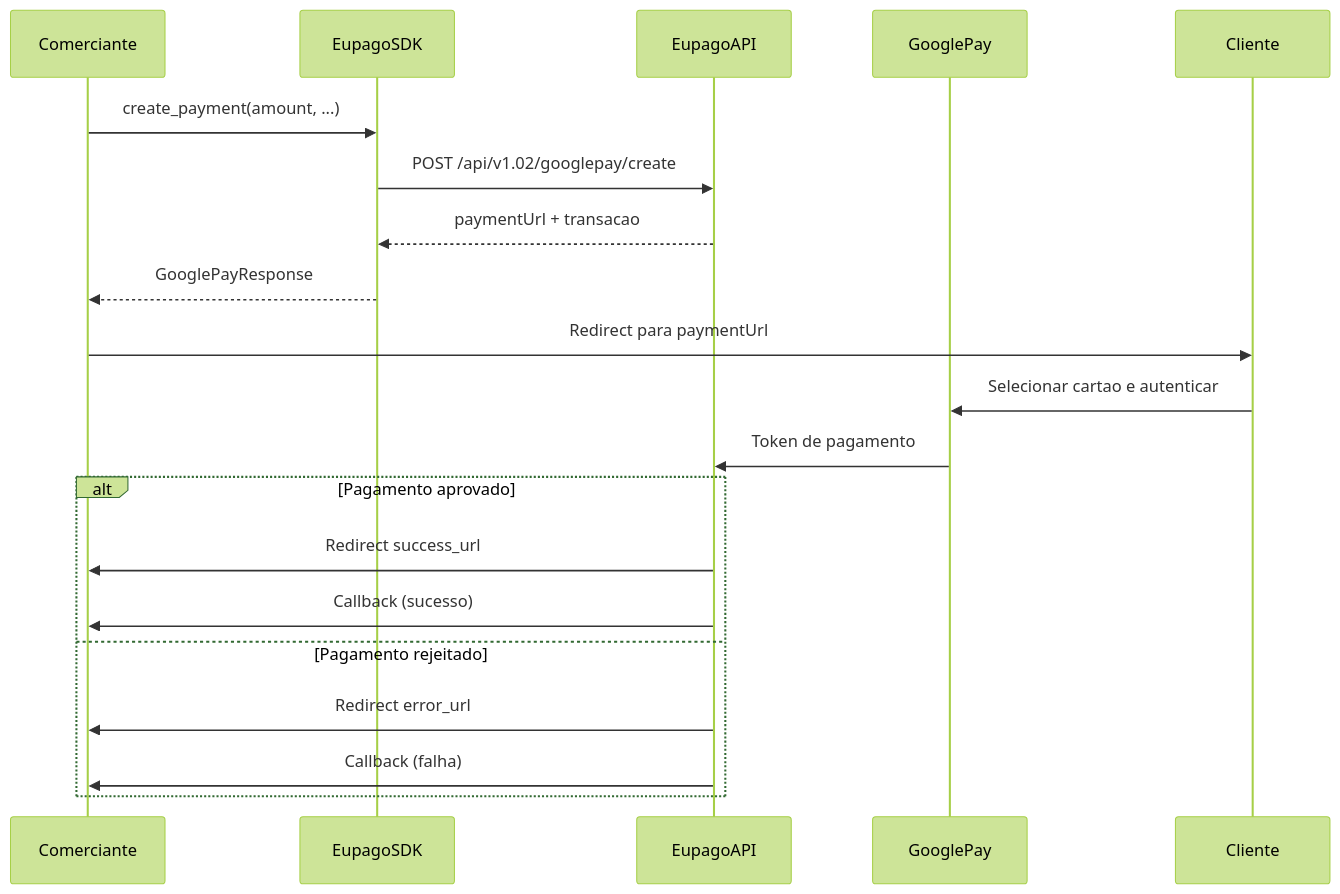
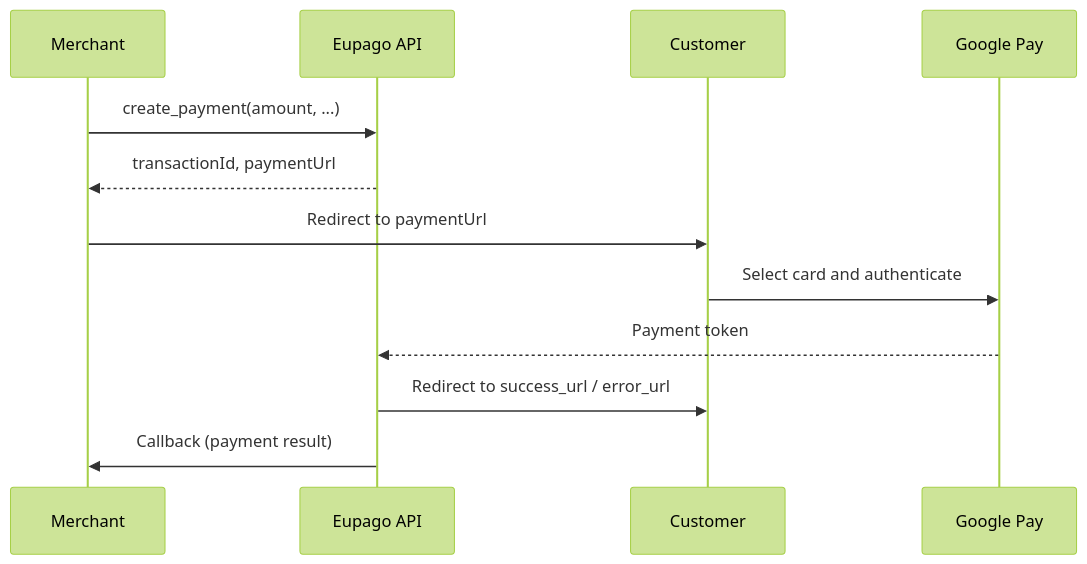
The diagram in docs/payments/google-pay.md (bilouro/eupago-python), drawn with Mermaid (forest theme) before and after one commit. The commit also changed other lines of this file and 50 other files, not shown here.

````diff
--- a/docs/payments/google-pay.md
+++ b/docs/payments/google-pay.md
@@ -13,25 +13,15 @@
 ```mermaid
 sequenceDiagram
-    participant Comerciante
-    participant EupagoSDK
-    participant EupagoAPI
-    participant GooglePay
-    participant Cliente
+    participant Merchant
+    participant EupagoAPI as Eupago API
+    participant Customer
+    participant GooglePay as Google Pay
 
-    Comerciante->>EupagoSDK: create_payment(amount, ...)
-    EupagoSDK->>EupagoAPI: POST /api/v1.02/googlepay/create
-    EupagoAPI-->>EupagoSDK: paymentUrl + transacao
-    EupagoSDK-->>Comerciante: GooglePayResponse
-
-    Comerciante->>Cliente: Redirect para paymentUrl
-    Cliente->>GooglePay: Selecionar cartao e autenticar
-    GooglePay->>EupagoAPI: Token de pagamento
-
-    alt Pagamento aprovado
-        EupagoAPI->>Comerciante: Redirect success_url
-        EupagoAPI->>Comerciante: Callback (sucesso)
-    else Pagamento rejeitado
-        EupagoAPI->>Comerciante: Redirect error_url
-        EupagoAPI->>Comerciante: Callback (falha)
-    end
+    Merchant->>EupagoAPI: create_payment(amount, ...)
+    EupagoAPI-->>Merchant: transactionId, paymentUrl
+    Merchant->>Customer: Redirect to paymentUrl
+    Customer->>GooglePay: Select card and authenticate
+    GooglePay-->>EupagoAPI: Payment token
+    EupagoAPI->>Customer: Redirect to success_url / error_url
+    EupagoAPI->>Merchant: Callback (payment result)
 ```
````
